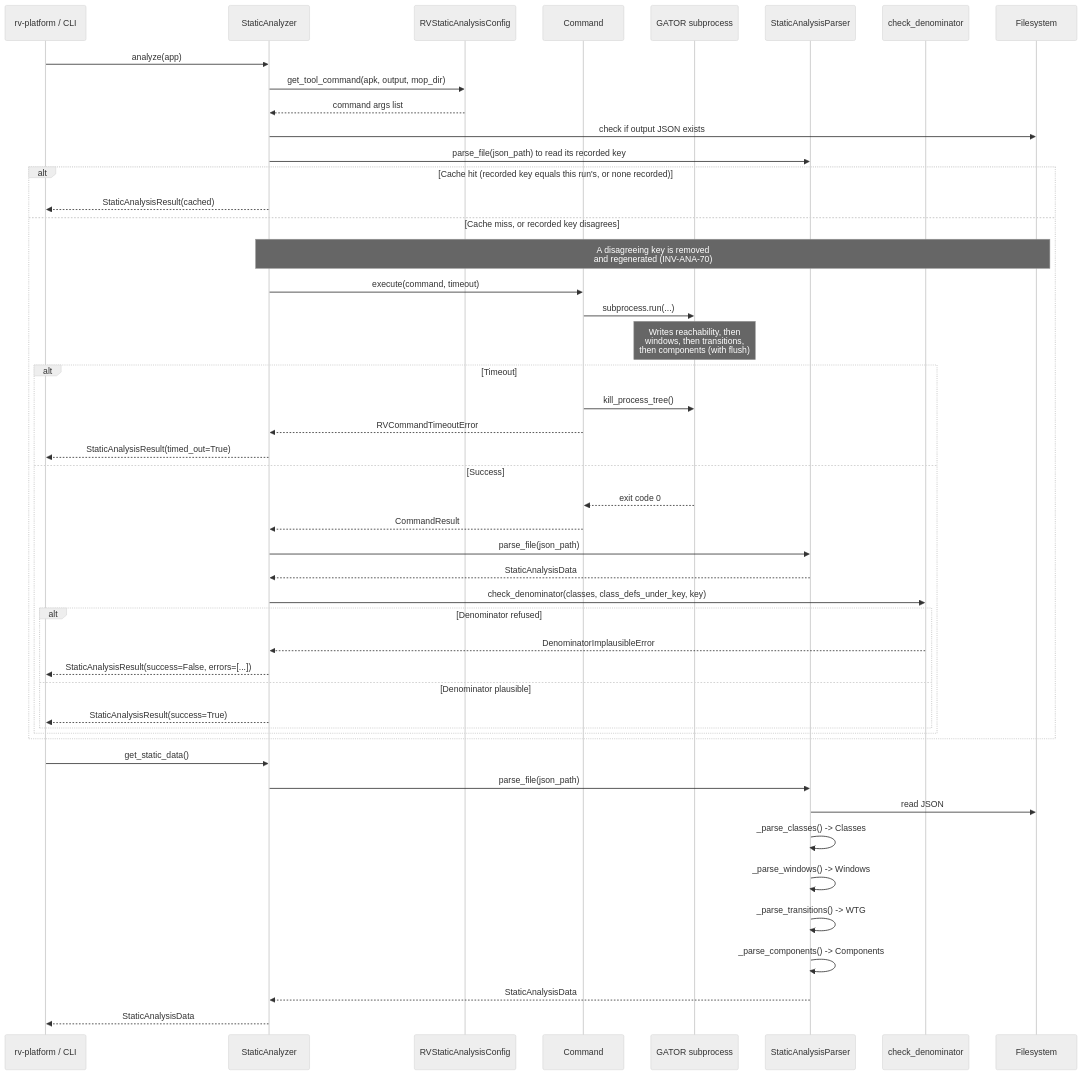
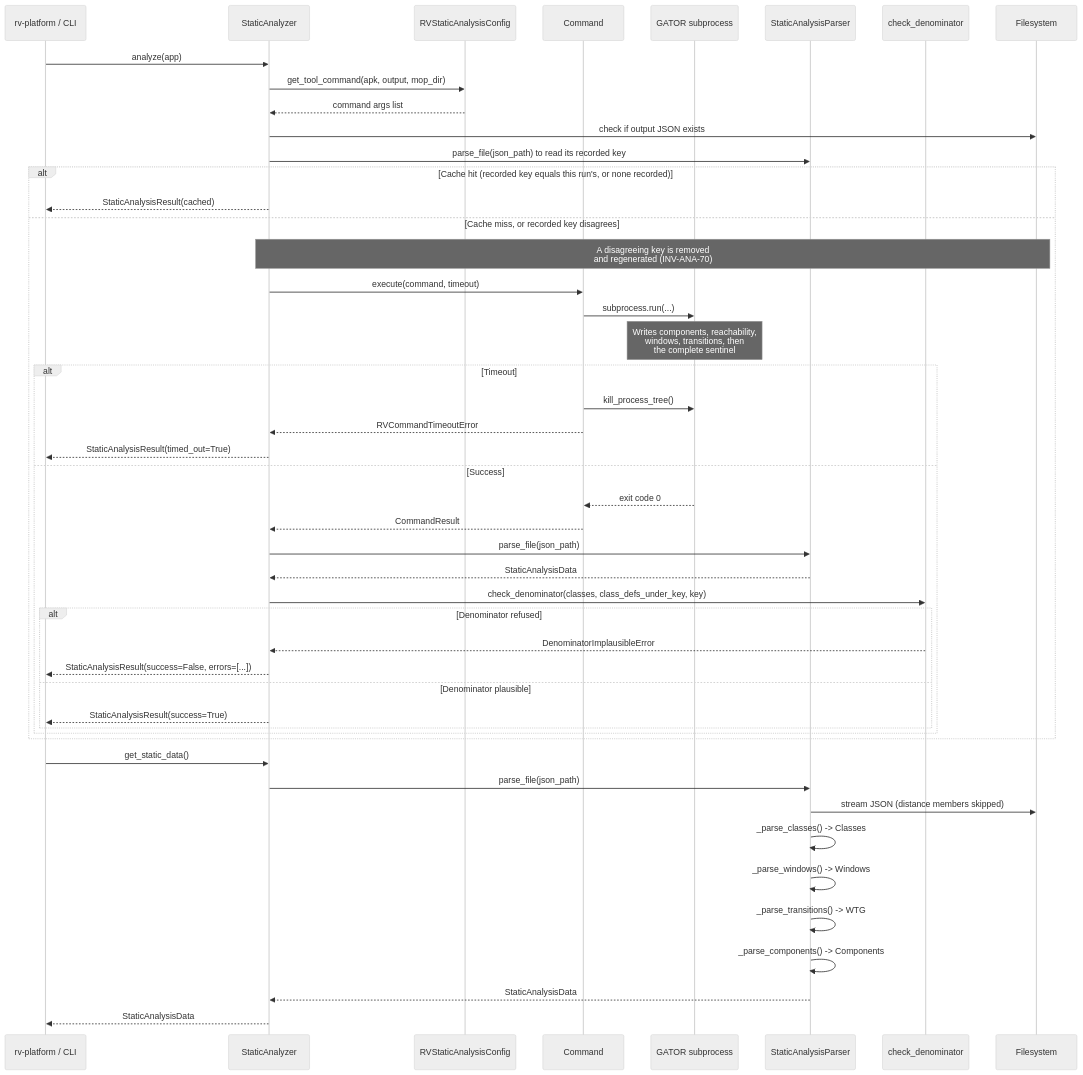
Before and after one commit to PAMunb/rvsec: the fourth of 6 diagrams in rv-android/modules/rv-static-analysis/docs/architecture.md, drawn with Mermaid. The commit also changed other lines of this file and 5 other files, not shown here.

````diff
--- a/rv-android/modules/rv-static-analysis/docs/architecture.md
+++ b/rv-android/modules/rv-static-analysis/docs/architecture.md
@@ -424,53 +463,53 @@
 ```mermaid
 %%{init: {'theme': 'neutral'}}%%
 sequenceDiagram
     participant Caller as rv-platform / CLI
     participant SA as StaticAnalyzer
     participant CFG as RVStaticAnalysisConfig
     participant CMD as Command
     participant GATOR as GATOR subprocess
     participant SAP as StaticAnalysisParser
     participant GATE as check_denominator
     participant FS as Filesystem
 
     Caller->>SA: analyze(app)
     SA->>CFG: get_tool_command(apk, output, mop_dir)
     CFG-->>SA: command args list
     SA->>FS: check if output JSON exists
     SA->>SAP: parse_file(json_path) to read its recorded key
     alt Cache hit (recorded key equals this run's, or none recorded)
         SA-->>Caller: StaticAnalysisResult(cached)
     else Cache miss, or recorded key disagrees
         Note over SA,FS: A disagreeing key is removed<br/>and regenerated (INV-ANA-70)
         SA->>CMD: execute(command, timeout)
         CMD->>GATOR: subprocess.run(...)
-        Note over GATOR: Writes reachability, then<br/>windows, then transitions,<br/>then components (with flush)
+        Note over GATOR: Writes components, reachability,<br/>windows, transitions, then<br/>the complete sentinel
         alt Timeout
             CMD->>GATOR: kill_process_tree()
             CMD-->>SA: RVCommandTimeoutError
             SA-->>Caller: StaticAnalysisResult(timed_out=True)
         else Success
             GATOR-->>CMD: exit code 0
             CMD-->>SA: CommandResult
             SA->>SAP: parse_file(json_path)
             SAP-->>SA: StaticAnalysisData
             SA->>GATE: check_denominator(classes, class_defs_under_key, key)
             alt Denominator refused
                 GATE-->>SA: DenominatorImplausibleError
                 SA-->>Caller: StaticAnalysisResult(success=False, errors=[...])
             else Denominator plausible
                 SA-->>Caller: StaticAnalysisResult(success=True)
             end
         end
     end
 
     Caller->>SA: get_static_data()
     SA->>SAP: parse_file(json_path)
-    SAP->>FS: read JSON
+    SAP->>FS: stream JSON (distance members skipped)
     SAP->>SAP: _parse_classes() -> Classes
     SAP->>SAP: _parse_windows() -> Windows
     SAP->>SAP: _parse_transitions() -> WTG
     SAP->>SAP: _parse_components() -> Components
     SAP-->>SA: StaticAnalysisData
     SA-->>Caller: StaticAnalysisData
 ```
````
